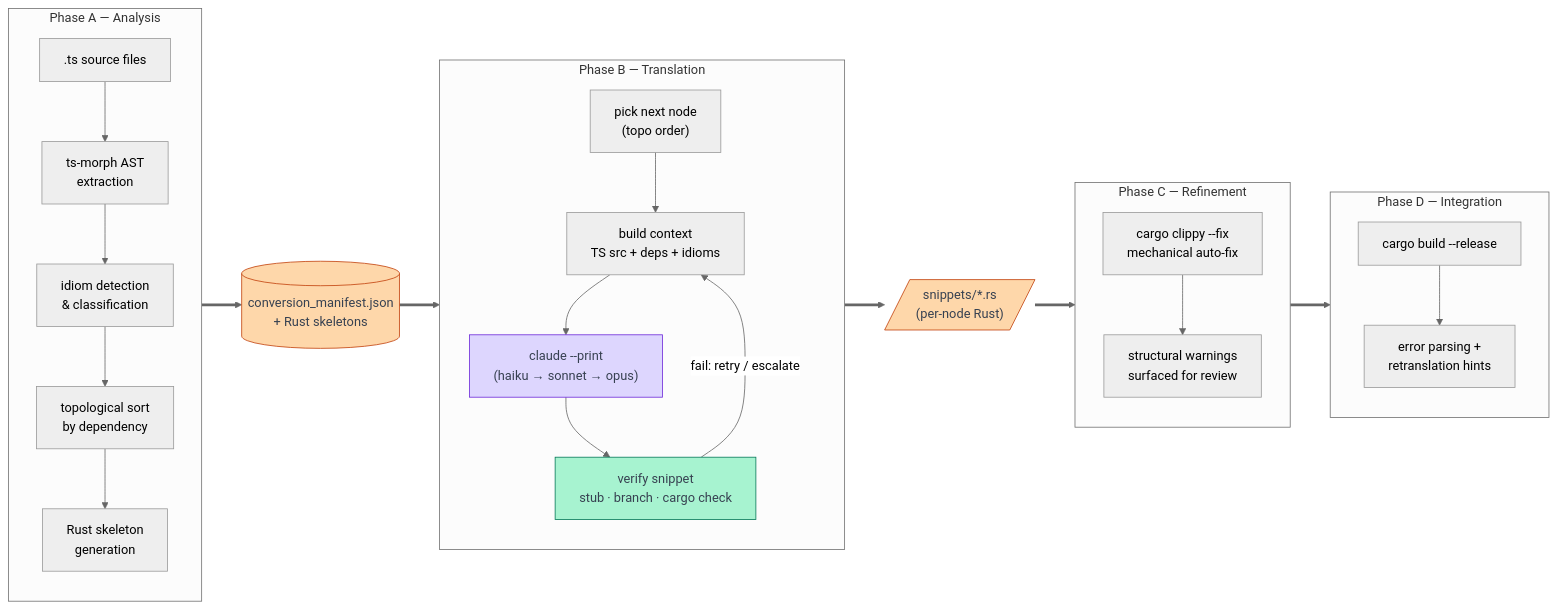
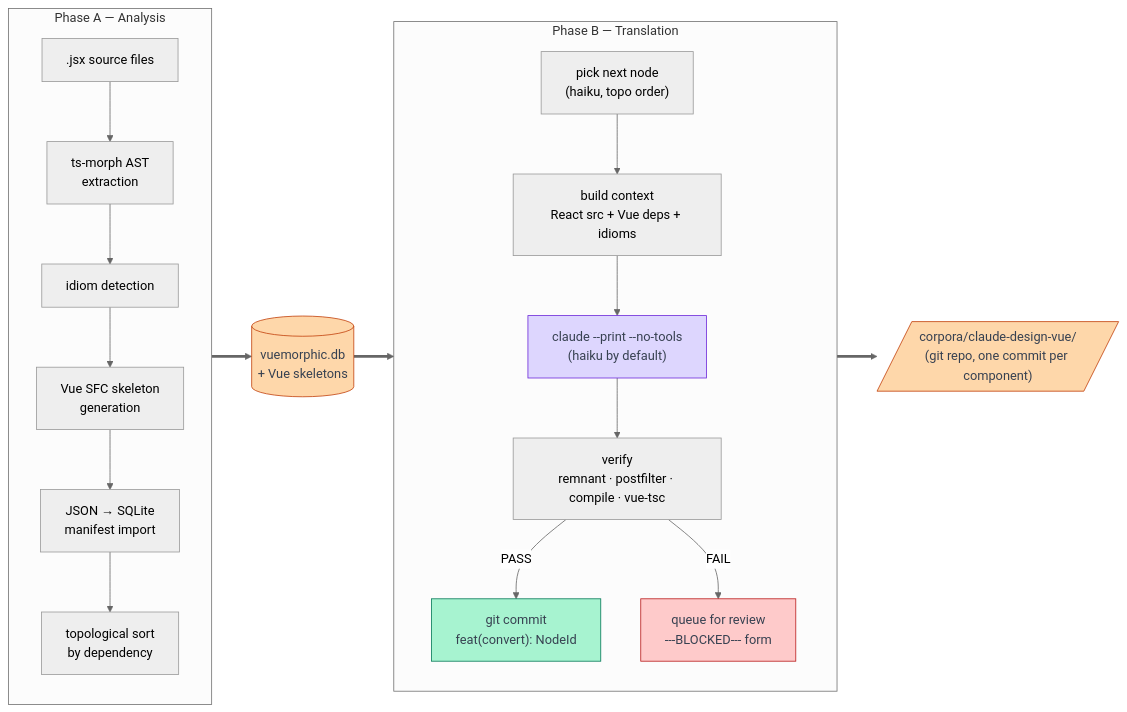
Before and after one commit to ByteBard97/vuemorphic: the first of 2 diagrams in README.md, drawn with Mermaid (neutral theme). The commit also changed other lines of this file and 17 other files, not shown here.

First line of the commit message:
chore: remove dead Rust modules; rewrite README for React→Vue

````diff
--- a/README.md
+++ b/README.md
@@ -20,55 +18,44 @@
 ```mermaid
 flowchart LR
 
     subgraph phaseA ["Phase A — Analysis"]
         direction TB
-        tsFiles[".ts source files"]
+        jsxFiles[".jsx source files"]
         astExtract["ts-morph AST<br>extraction"]
-        idiomDetect["idiom detection<br>& classification"]
+        idiomDetect["idiom detection"]
+        skeleton["Vue SFC skeleton<br>generation"]
+        dbImport["JSON → SQLite<br>manifest import"]
         topoSort["topological sort<br>by dependency"]
-        skeleton["Rust skeleton<br>generation"]
-        tsFiles --> astExtract --> idiomDetect --> topoSort --> skeleton
+        jsxFiles --> astExtract --> idiomDetect --> skeleton --> dbImport --> topoSort
     end
 
-    manifest[("conversion_manifest.json<br>+ Rust skeletons")]
+    manifest[("vuemorphic.db<br>+ Vue skeletons")]
 
     subgraph phaseB ["Phase B — Translation"]
         direction TB
-        pickNode["pick next node<br>(topo order)"]
-        buildCtx["build context<br>TS src + deps + idioms"]
-        claudeCall["claude --print<br>(haiku → sonnet → opus)"]
-        verifySnip["verify snippet<br>stub · branch · cargo check"]
+        pickNode["pick next node<br>(haiku, topo order)"]
+        buildCtx["build context<br>React src + Vue deps + idioms"]
+        claudeCall["claude --print --no-tools<br>(haiku by default)"]
+        verifySnip["verify<br>remnant · postfilter · compile · vue-tsc"]
+        gitCommit["git commit<br>feat(convert): NodeId"]
         pickNode --> buildCtx --> claudeCall --> verifySnip
-        verifySnip -->|"fail: retry / escalate"| buildCtx
+        verifySnip -->|PASS| gitCommit
+        verifySnip -->|FAIL| review["queue for review<br>---BLOCKED--- form"]
     end
 
-    snippets[/"snippets/*.rs<br>(per-node Rust)"/]
-
-    subgraph phaseC ["Phase C — Refinement"]
-        direction TB
-        clippyFix["cargo clippy --fix<br>mechanical auto-fix"]
-        clippyReview["structural warnings<br>surfaced for review"]
-        clippyFix --> clippyReview
-    end
-
-    subgraph phaseD ["Phase D — Integration"]
-        direction TB
-        cargoBuild["cargo build --release"]
-        errorParse["error parsing +<br>retranslation hints"]
-        cargoBuild --> errorParse
-    end
+    snippets[/"corpora/claude-design-vue/<br>(git repo, one commit per component)"/]
 
     phaseA ==> manifest
     manifest ==> phaseB
     phaseB ==> snippets
-    snippets ==> phaseC
-    phaseC ==> phaseD
 
     classDef io fill:#fed7aa,stroke:#c2410c,color:#374151
     classDef ai fill:#ddd6fe,stroke:#6d28d9,color:#374151
     classDef success fill:#a7f3d0,stroke:#047857,color:#374151
+    classDef review fill:#fecaca,stroke:#b91c1c,color:#374151
 
     class manifest,snippets io
     class claudeCall ai
-    class verifySnip success
+    class gitCommit success
+    class review review
 ```
````
